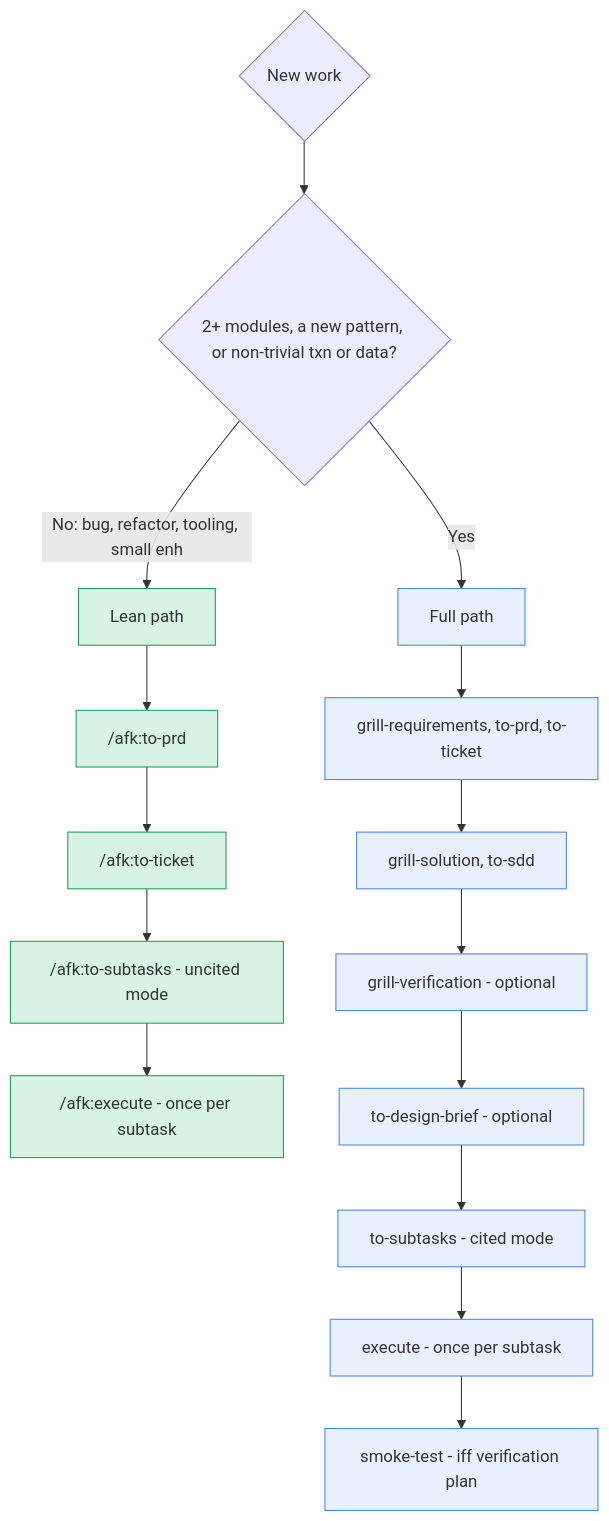
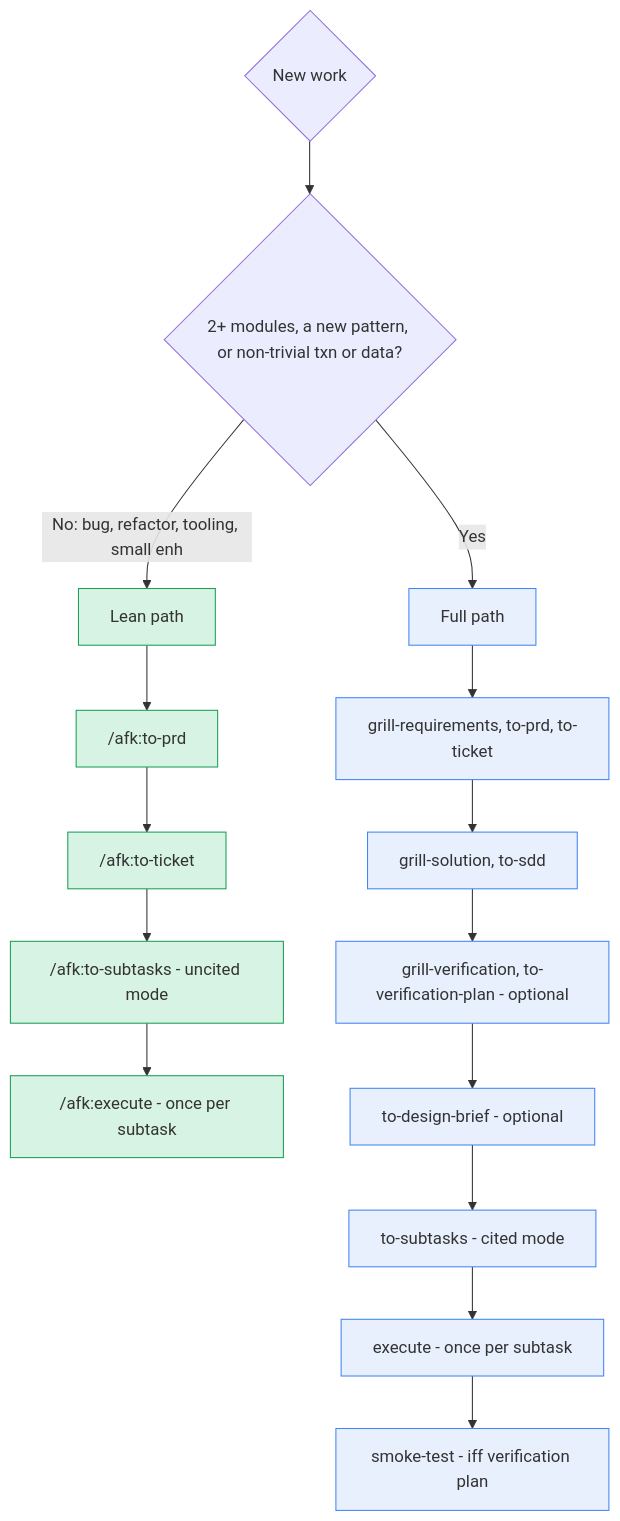
Before and after one commit to midnightblur/afk-driver: the fourth of 6 diagrams in README.md, drawn with Mermaid. The commit also changed other lines of this file and 10 other files, not shown here.

First line of the commit message:
refactor(skills): split grill-verification into grill + to-verification-plan

````diff
--- a/README.md
+++ b/README.md
@@ -279,24 +280,24 @@
 ```mermaid
 graph TD
     A{New work} --> B{2+ modules, a new pattern, or non-trivial txn or data?}
     B -->|No: bug, refactor, tooling, small enh| LEAN[Lean path]
     B -->|Yes| FULL[Full path]
 
     LEAN --> L1["/afk:to-prd"]
     L1 --> L2["/afk:to-ticket"]
     L2 --> L3["/afk:to-subtasks - uncited mode"]
     L3 --> L4["/afk:execute - once per subtask"]
 
     FULL --> F1["grill-requirements, to-prd, to-ticket"]
     F1 --> F2["grill-solution, to-sdd"]
-    F2 --> F3["grill-verification - optional"]
+    F2 --> F3["grill-verification, to-verification-plan - optional"]
     F3 --> F4["to-design-brief - optional"]
     F4 --> F5["to-subtasks - cited mode"]
     F5 --> F6["execute - once per subtask"]
     F6 --> F7["smoke-test - iff verification plan"]
 
     classDef lean fill:#d7f3e3,stroke:#1b9e58;
     classDef full fill:#e8f0fe,stroke:#4285f4;
     class LEAN,L1,L2,L3,L4 lean;
     class FULL,F1,F2,F3,F4,F5,F6,F7 full;
 ```
````
